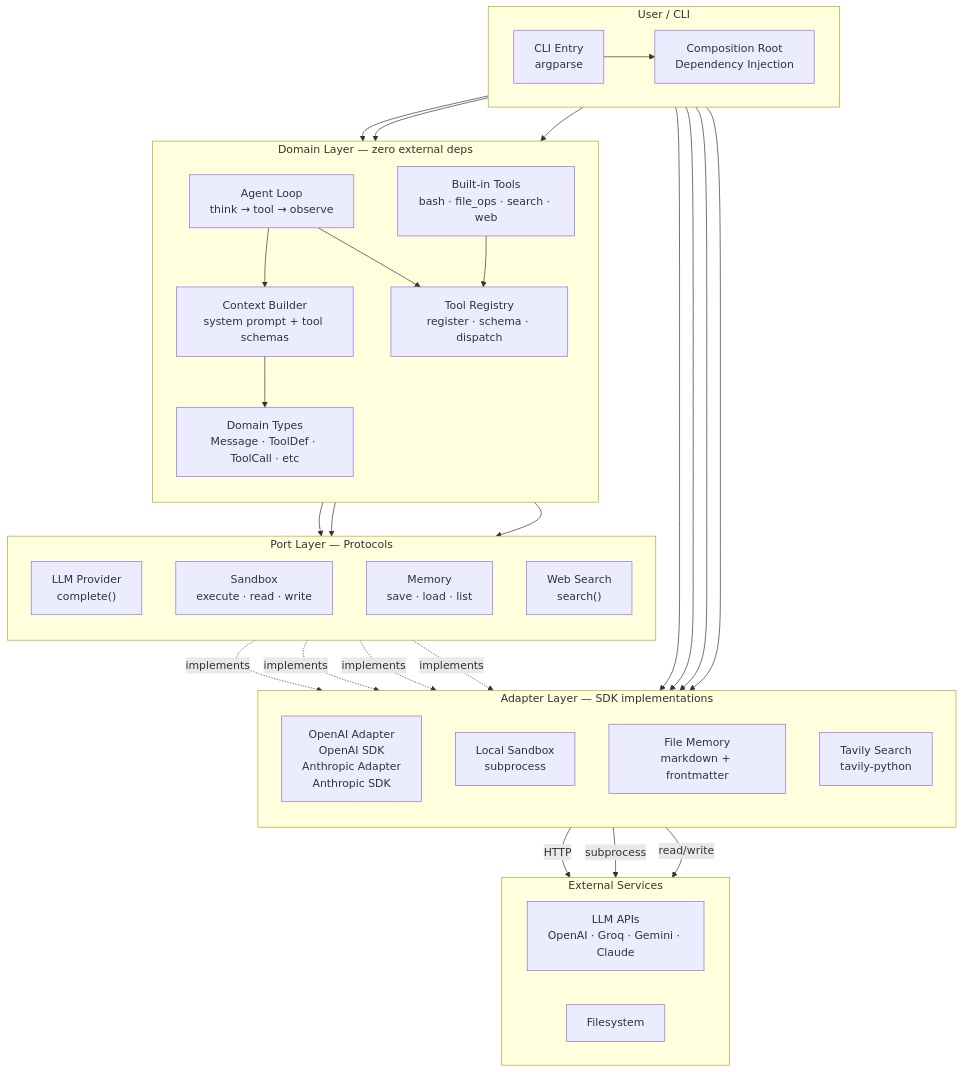
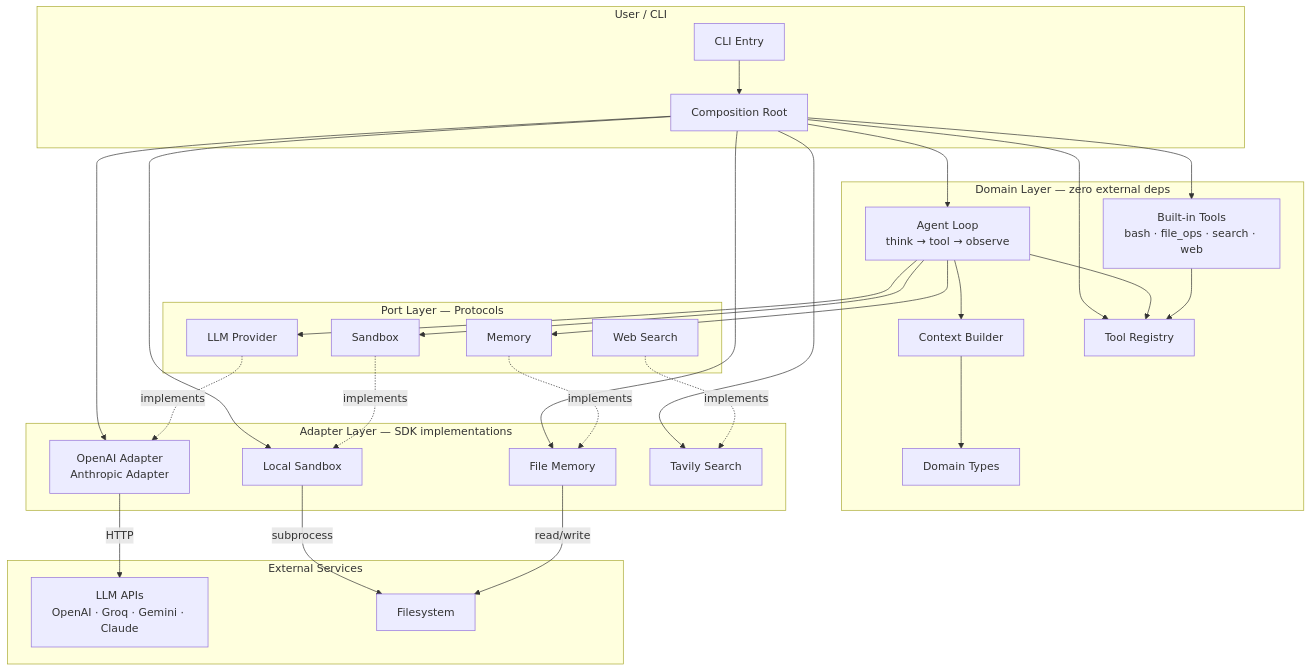
One commit to shivammishrr/Sarvagya changed the first of 4 diagrams in README.md. Above: the diagram before and after it, drawn with Mermaid. The commit also changed other lines of this file, not shown here.

````diff
--- a/README.md
+++ b/README.md
@@ -59,57 +42,52 @@
 ```mermaid
 flowchart TB
     subgraph User["User / CLI"]
-        direction LR
-        CLI["CLI Entry<br/>argparse"]
-        CR["Composition Root<br/>Dependency Injection"]
+        CLI["CLI Entry"]
+        CR["Composition Root"]
     end
 
-    subgraph Domain["Domain Layer — zero external deps"]
-        direction TB
+    subgraph Core["Domain Layer — zero external deps"]
         LOOP["Agent Loop<br/>think → tool → observe"]
-        TYPES["Domain Types<br/>Message · ToolDef · ToolCall · etc"]
-        CTX["Context Builder<br/>system prompt + tool schemas"]
-        REG["Tool Registry<br/>register · schema · dispatch"]
+        TYPES["Domain Types"]
+        CTX["Context Builder"]
+        REG["Tool Registry"]
         TOOLS["Built-in Tools<br/>bash · file_ops · search · web"]
     end
 
     subgraph Ports["Port Layer — Protocols"]
-        direction TB
-        P_LLM["LLM Provider<br/>complete()"]
-        P_SBOX["Sandbox<br/>execute · read · write"]
-        P_MEM["Memory<br/>save · load · list"]
-        P_SRCH["Web Search<br/>search()"]
+        P_LLM["LLM Provider"]
+        P_SBOX["Sandbox"]
+        P_MEM["Memory"]
+        P_SRCH["Web Search"]
     end
 
     subgraph Adapters["Adapter Layer — SDK implementations"]
-        direction TB
-        A_LLM["OpenAI Adapter<br/>OpenAI SDK<br/>Anthropic Adapter<br/>Anthropic SDK"]
-        A_SBOX["Local Sandbox<br/>subprocess"]
-        A_MEM["File Memory<br/>markdown + frontmatter"]
-        A_SRCH["Tavily Search<br/>tavily-python"]
+        A_LLM["OpenAI Adapter<br/>Anthropic Adapter"]
+        A_SBOX["Local Sandbox"]
+        A_MEM["File Memory"]
+        A_SRCH["Tavily Search"]
     end
 
     subgraph External["External Services"]
-        direction LR
         EXT_LLM["LLM APIs<br/>OpenAI · Groq · Gemini · Claude"]
         EXT_FS["Filesystem"]
     end
 
     CLI --> CR
     CR --> LOOP & REG & TOOLS
     CR --> A_LLM & A_SBOX & A_MEM & A_SRCH
 
     LOOP --> P_LLM & P_SBOX & P_MEM
     LOOP --> CTX & REG
     TOOLS --> REG
     CTX --> TYPES
 
     P_LLM -.->|implements| A_LLM
     P_SBOX -.->|implements| A_SBOX
     P_MEM -.->|implements| A_MEM
     P_SRCH -.->|implements| A_SRCH
 
     A_LLM -->|HTTP| EXT_LLM
     A_SBOX -->|subprocess| EXT_FS
     A_MEM -->|read/write| EXT_FS
 ```
````
